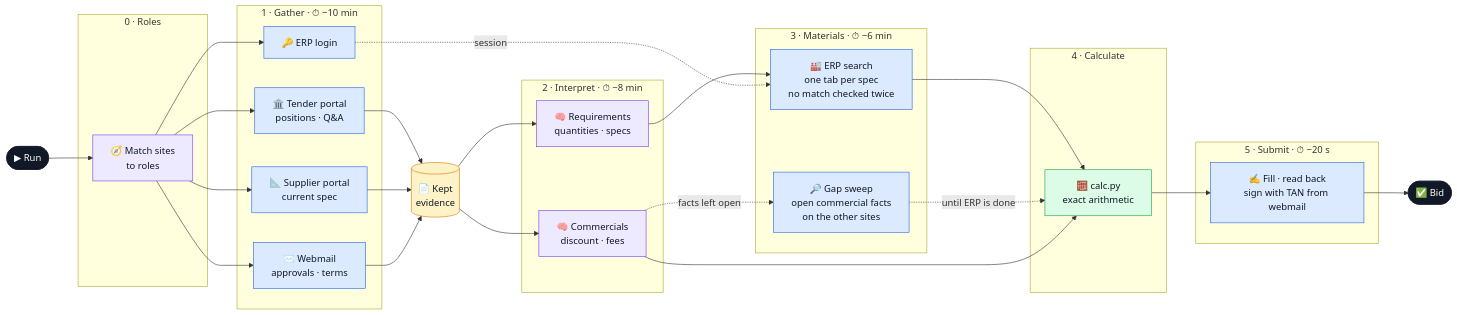
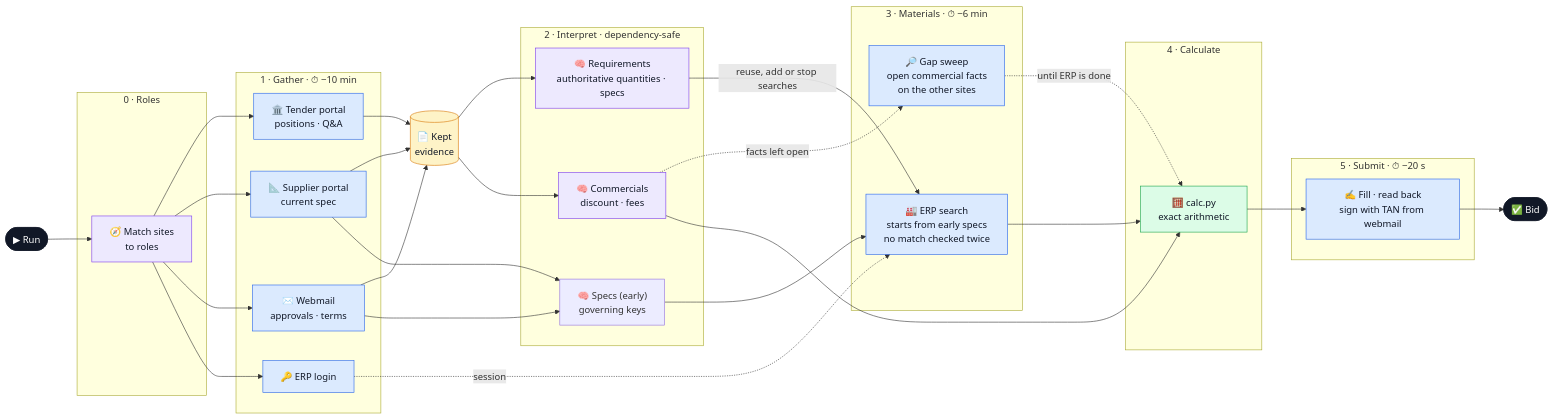
The diagram in README.md (lucakammerer/adminrights), drawn with Mermaid before and after one commit. The commit also changed 19 other files, not shown here.

Commit message:
perf: overlap ERP searches and reduce tool turns

````diff
--- a/README.md
+++ b/README.md
@@ -7,56 +7,58 @@
 ```mermaid
 flowchart LR
   run([▶ Run]) --> roles
 
   subgraph P0["0 · Roles"]
     roles["🧭 Match sites<br/>to roles"]
   end
 
   subgraph P1["1 · Gather · ⏱ −10 min"]
     tender["🏛️ Tender portal<br/>positions · Q#amp;A"]
     supplier["📐 Supplier portal<br/>current spec"]
     mail["✉️ Webmail<br/>approvals · terms"]
     login["🔑 ERP login"]
   end
 
   evidence[("📄 Kept<br/>evidence")]
 
-  subgraph P2["2 · Interpret · ⏱ −8 min"]
-    req["🧠 Requirements<br/>quantities · specs"]
+  subgraph P2["2 · Interpret · dependency-safe"]
+    specs["🧠 Specs (early)<br/>governing keys"]
+    req["🧠 Requirements<br/>authoritative quantities · specs"]
     com["🧠 Commercials<br/>discount · fees"]
   end
 
   subgraph P3["3 · Materials · ⏱ −6 min"]
-    erp["🏭 ERP search<br/>one tab per spec<br/>no match checked twice"]
+    erp["🏭 ERP search<br/>starts from early specs<br/>no match checked twice"]
     sweepnode["🔎 Gap sweep<br/>open commercial facts<br/>on the other sites"]
   end
 
   subgraph P4["4 · Calculate"]
     calc["🧮 calc.py<br/>exact arithmetic"]
   end
 
   subgraph P5["5 · Submit · ⏱ −20 s"]
     submit["✍️ Fill · read back<br/>sign with TAN from webmail"]
   end
 
   roles --> tender & supplier & mail & login
   tender & supplier & mail --> evidence
+  supplier & mail --> specs --> erp
   evidence --> req & com
-  req --> erp
+  req -->|reuse, add or stop searches| erp
   login -. session .-> erp
   erp --> calc
   com -. facts left open .-> sweepnode -. until ERP is done .-> calc
   com --> calc
   calc --> submit --> bid([✅ Bid])
 
   classDef browser fill:#dbeafe,stroke:#2563eb,color:#111827
   classDef model fill:#ede9fe,stroke:#7c3aed,color:#111827
   classDef code fill:#dcfce7,stroke:#16a34a,color:#111827
   classDef store fill:#fef3c7,stroke:#d97706,color:#111827
   classDef terminal fill:#111827,stroke:#111827,color:#ffffff
   class tender,supplier,mail,login,erp,sweepnode,submit browser
   class roles,req,com model
   class calc code
   class evidence store
   class run,bid terminal
 ```
````
